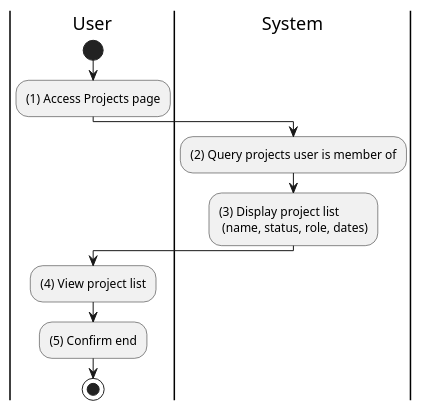
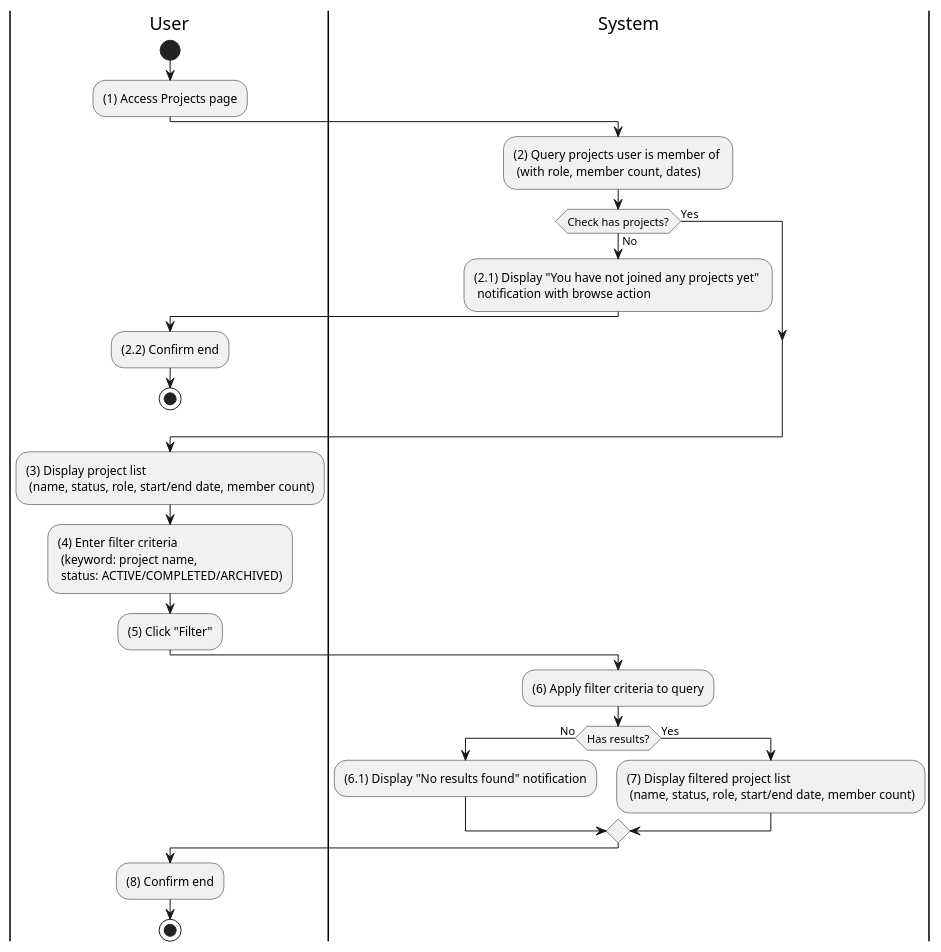
Before and after one commit to taskpilot-platform/taskpilot-platform.github.io: the diagram in docs/docs/activity/project-management/view-joined-projects.md, drawn with PlantUML. The commit also changed 10 other files, not shown here.

First line of the commit message:
expand activity diagrams: add empty-state checks and filter flows

````diff
--- a/docs/docs/activity/project-management/view-joined-projects.md
+++ b/docs/docs/activity/project-management/view-joined-projects.md
@@ -3,20 +3,43 @@
 ```plantuml
 @startuml
 |U|User
 |S|System
 
 |U|
 start
 :(1) Access Projects page;
 
 |S|
-:(2) Query projects user is member of;
-:(3) Display project list \n (name, status, role, dates);
+:(2) Query projects user is member of \n (with role, member count, dates);
+
+if (Check has projects?) then (No)
+  :(2.1) Display "You have not joined any projects yet" \n notification with browse action;
+  |U|
+  :(2.2) Confirm end;
+  stop
+else (Yes)
+endif
+
+:(3) Display project list \n (name, status, role, start/end date, member count);
 
 |U|
-:(4) View project list;
-:(5) Confirm end;
+:(4) Enter filter criteria \n (keyword: project name, \n status: ACTIVE/COMPLETED/ARCHIVED);
+:(5) Click "Filter";
+
+|S|
+:(6) Apply filter criteria to query;
+
+if (Has results?) then (No)
+  :(6.1) Display "No results found" notification;
+  |U|
+else (Yes)
+  |S|
+  :(7) Display filtered project list \n (name, status, role, start/end date, member count);
+  |U|
+endif
+
+:(8) Confirm end;
 
 stop
 @enduml
 ```
````
